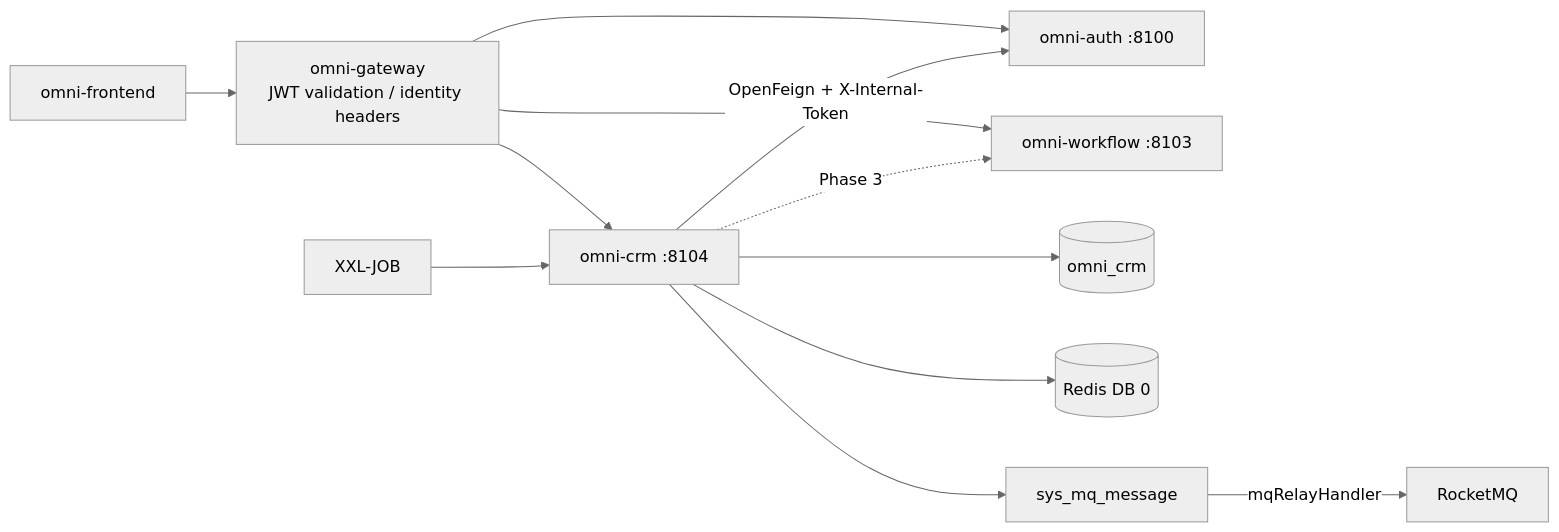
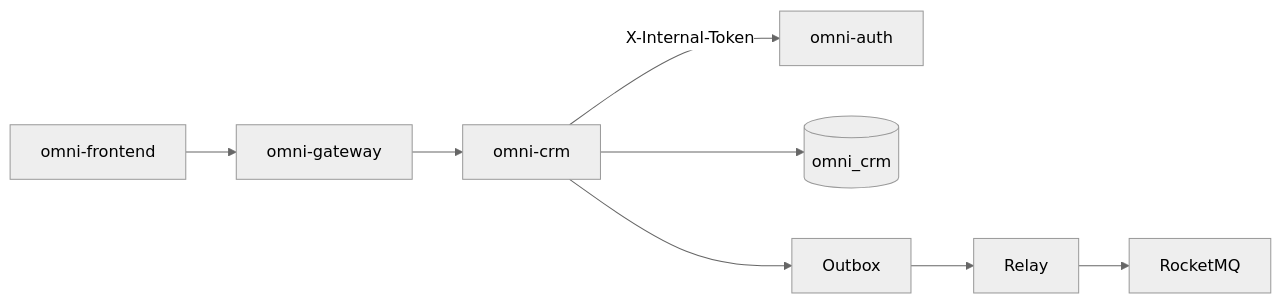
The first of 2 diagrams in docs/design/crm-design.kr.md (wang-baohai/Omni-Stack), drawn with Mermaid (neutral theme) before and after one commit. The commit also changed other lines of this file and 1095 other files, not shown here.

````diff
--- a/docs/design/crm-design.kr.md
+++ b/docs/design/crm-design.kr.md
@@ -71,14 +40,10 @@
 ```mermaid
 flowchart LR
-    UI["omni-frontend"] --> GW["omni-gateway<br/>JWT validation / identity headers"]
-    GW --> CRM["omni-crm :8104"]
-    GW --> AUTH["omni-auth :8100"]
-    GW --> WF["omni-workflow :8103"]
-    CRM -->|"OpenFeign + X-Internal-Token"| AUTH
+    UI["omni-frontend"] --> GW["omni-gateway"]
+    GW --> CRM["omni-crm"]
+    CRM -->|"X-Internal-Token"| AUTH["omni-auth"]
     CRM --> DB[("omni_crm")]
-    CRM --> R[("Redis DB 0")]
-    CRM --> O["sys_mq_message"]
-    O -->|"mqRelayHandler"| MQ["RocketMQ"]
-    XXL["XXL-JOB"] --> CRM
-    CRM -. "Phase 3" .-> WF
+    CRM --> O["Outbox"]
+    O --> R["Relay"]
+    R --> MQ["RocketMQ"]
 ```
````
